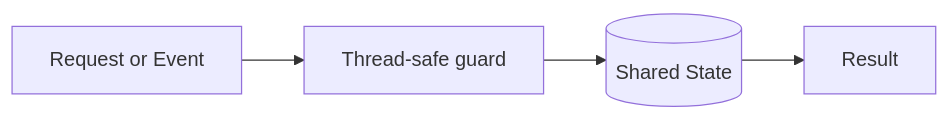
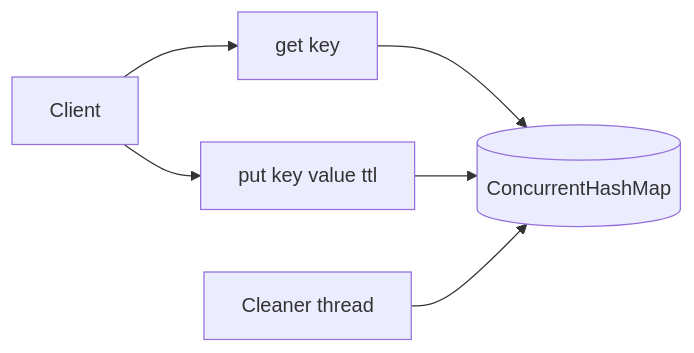
One commit to mthaiseer/springcloud-systemdesign-notes changed diagram 13 of 29 in HLD_NOTES/003_TECHNOLOGY_DEEP_DIVE/core-java/java_concurrency_visual_reference.md. Above: the diagram before and after it, drawn with Mermaid. The commit also changed other lines of this file, not shown here.

````diff
--- a/HLD_NOTES/003_TECHNOLOGY_DEEP_DIVE/core-java/java_concurrency_visual_reference.md
+++ b/HLD_NOTES/003_TECHNOLOGY_DEEP_DIVE/core-java/java_concurrency_visual_reference.md
@@ -901,6 +759,8 @@
 ```mermaid
 flowchart LR
-    Input[Request or Event] --> Guard[Thread-safe guard]
-    Guard --> State[(Shared State)]
-    State --> Output[Result]
+    Client --> G[get key]
+    Client --> P[put key value ttl]
+    G --> M[(ConcurrentHashMap)]
+    P --> M
+    Cleaner[Cleaner thread] --> M
 ```
````
